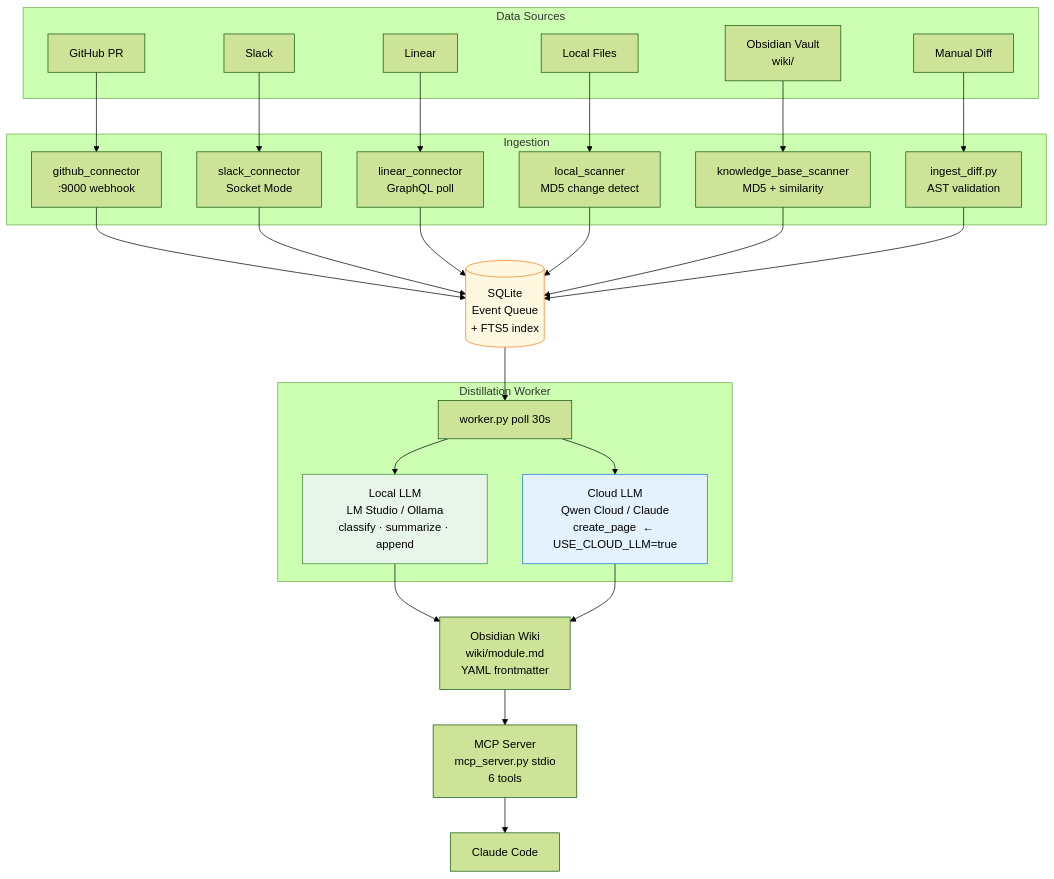
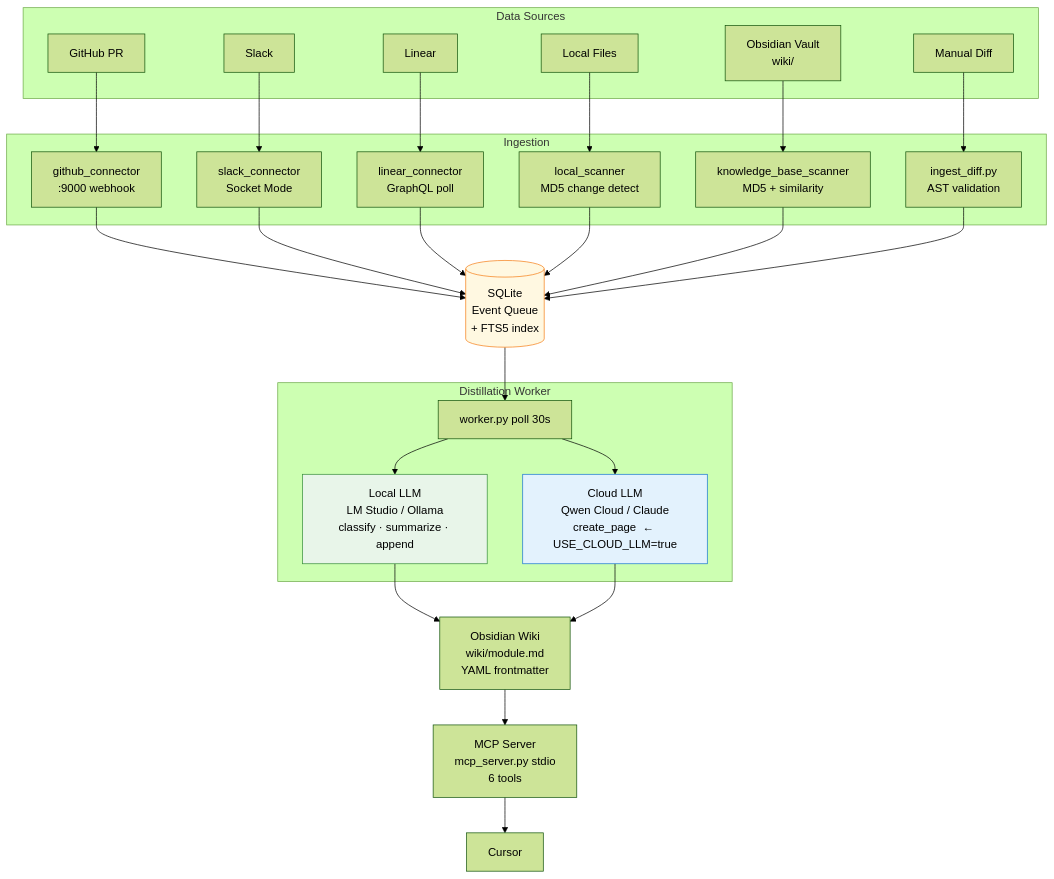
Before and after one commit to thomaschen-tw/shadow-wiki: the diagram in README.md, drawn with Mermaid (forest theme). The commit also changed other lines of this file and 11 other files, not shown here.

First line of the commit message:
Switch MCP integration from Claude Code to Cursor

````diff
--- a/README.md
+++ b/README.md
@@ -24,43 +24,43 @@
 ```mermaid
 flowchart TD
     subgraph sources["Data Sources"]
         GH["GitHub PR"] 
         SL["Slack"]
         LI["Linear"]
         FS["Local Files"]
         KB["Obsidian Vault\nwiki/"]
         CLI["Manual Diff"]
     end
 
     subgraph ingest["Ingestion"]
         GH_C["github_connector\n:9000 webhook"]
         SL_C["slack_connector\nSocket Mode"]
         LI_C["linear_connector\nGraphQL poll"]
         LS_C["local_scanner\nMD5 change detect"]
         KB_C["knowledge_base_scanner\nMD5 + similarity"]
         ID["ingest_diff.py\nAST validation"]
     end
 
     DB[("SQLite\nEvent Queue\n+ FTS5 index")]
 
     subgraph worker["Distillation Worker"]
         W["worker.py  poll 30s"]
         LOCAL["Local LLM\nLM Studio / Ollama\nclassify · summarize · append"]
         CLOUD["Cloud LLM\nQwen Cloud / Claude\ncreate_page  ← USE_CLOUD_LLM=true"]
     end
 
     WIKI["Obsidian Wiki\nwiki/module.md\nYAML frontmatter"]
     MCP["MCP Server\nmcp_server.py stdio\n6 tools"]
-    CC["Claude Code"]
+    IDE["Cursor"]
 
     GH-->GH_C; SL-->SL_C; LI-->LI_C; FS-->LS_C; KB-->KB_C; CLI-->ID
     GH_C & SL_C & LI_C & LS_C & KB_C & ID --> DB
     DB --> W
     W --> LOCAL --> WIKI
     W --> CLOUD --> WIKI
-    WIKI --> MCP --> CC
+    WIKI --> MCP --> IDE
 
     style LOCAL fill:#e8f5e9,stroke:#388e3c
     style CLOUD fill:#e3f2fd,stroke:#1976d2
     style DB fill:#fff8e1,stroke:#f57f17
 ```
````
